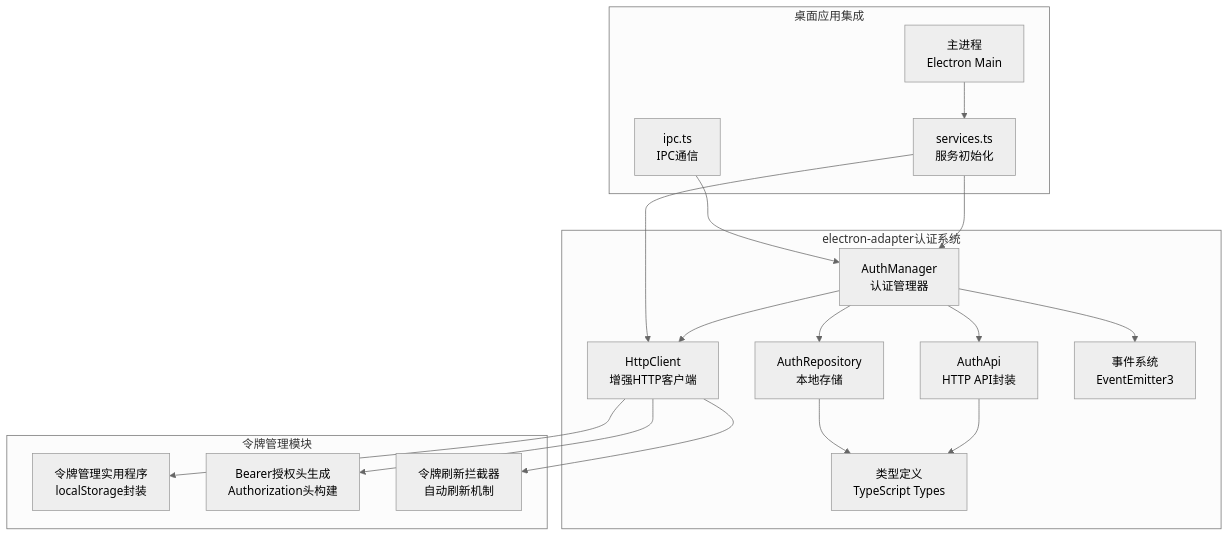
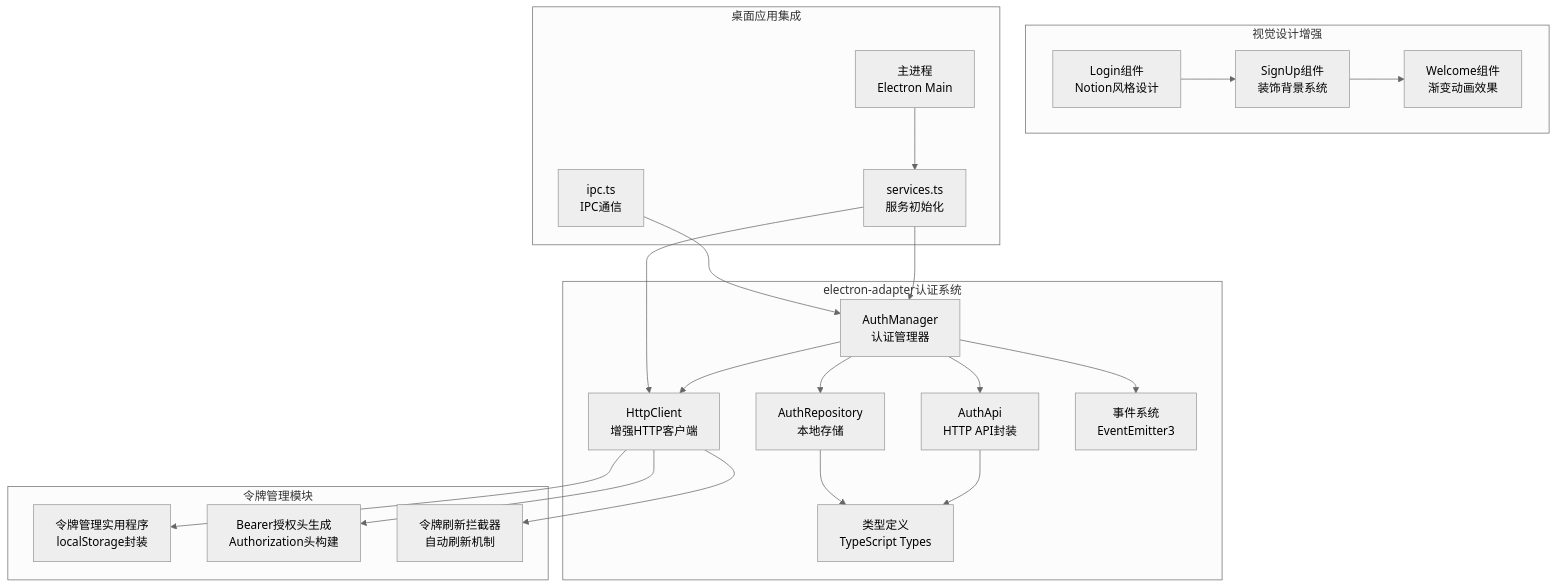
The first of 6 diagrams in .qoder/repowiki/zh/content/API参考/认证API.md (LRF0422/Kotion), drawn with Mermaid (neutral theme) before and after one commit. The commit also changed other lines of this file and 17 other files, not shown here.

````diff
--- a/.qoder/repowiki/zh/content/API参考/认证API.md
+++ b/.qoder/repowiki/zh/content/API参考/认证API.md
@@ -68,34 +71,41 @@
 ```mermaid
 graph TB
 subgraph "electron-adapter认证系统"
 A["AuthManager<br/>认证管理器"]
 B["AuthApi<br/>HTTP API封装"]
 C["AuthRepository<br/>本地存储"]
 D["HttpClient<br/>增强HTTP客户端"]
 E["事件系统<br/>EventEmitter3"]
 F["类型定义<br/>TypeScript Types"]
 end
 subgraph "令牌管理模块"
 G["令牌管理实用程序<br/>localStorage封装"]
 H["Bearer授权头生成<br/>Authorization头构建"]
 I["令牌刷新拦截器<br/>自动刷新机制"]
 end
+subgraph "视觉设计增强"
+J["Login组件<br/>Notion风格设计"]
+K["SignUp组件<br/>装饰背景系统"]
+L["Welcome组件<br/>渐变动画效果"]
+end
 subgraph "桌面应用集成"
-J["services.ts<br/>服务初始化"]
-K["ipc.ts<br/>IPC通信"]
-L["主进程<br/>Electron Main"]
+M["services.ts<br/>服务初始化"]
+N["ipc.ts<br/>IPC通信"]
+O["主进程<br/>Electron Main"]
 end
 A --> B
 A --> C
 A --> D
 A --> E
 B --> F
 C --> F
 D --> G
 D --> H
 D --> I
-J --> A
-J --> D
-K --> A
-L --> J
+J --> K
+K --> L
+M --> A
+M --> D
+N --> A
+O --> M
 ```
````
